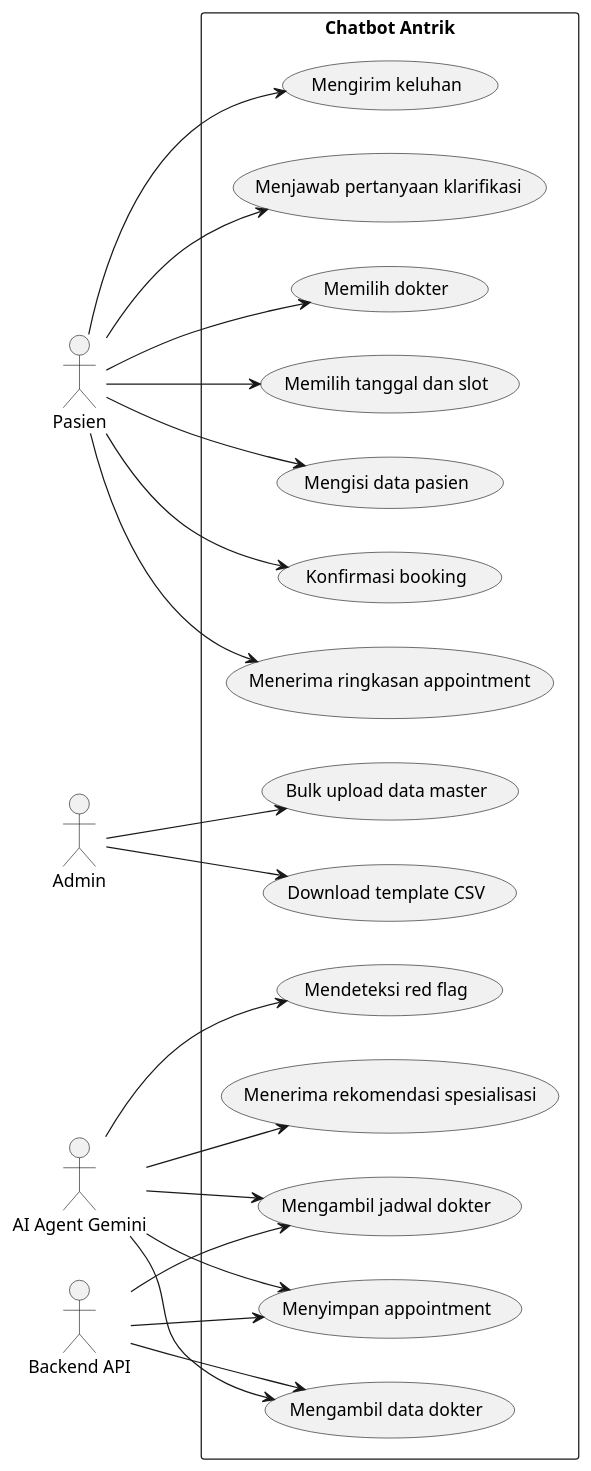
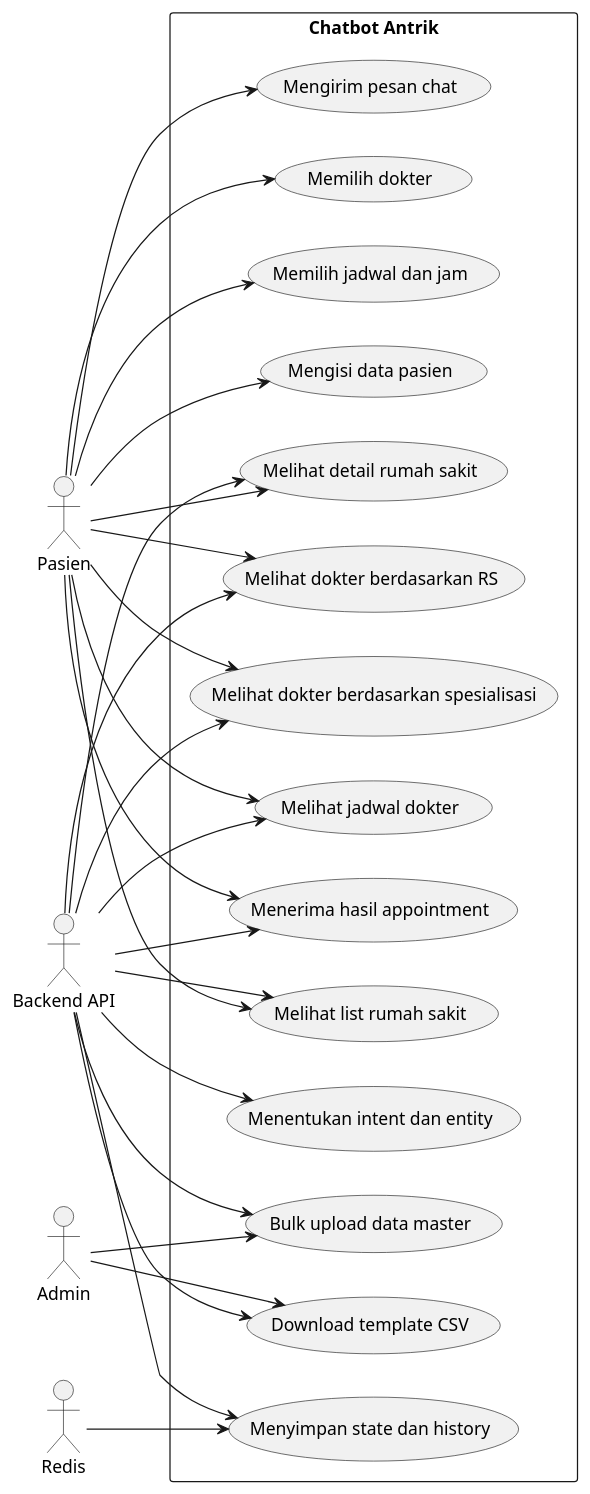
Before and after one commit to sudrajathadi/service-antrik-main: the first of 6 diagrams in LAPORAN_KKP_CHATBOT_ANTRIK.md, drawn with PlantUML. The commit also changed other lines of this file and 20 other files, not shown here.

````diff
--- a/LAPORAN_KKP_CHATBOT_ANTRIK.md
+++ b/LAPORAN_KKP_CHATBOT_ANTRIK.md
@@ -279,47 +282,52 @@
 ```plantuml
 @startuml
 left to right direction
 actor Pasien
 actor Admin
-actor "AI Agent Gemini" as AI
 actor "Backend API" as API
+actor "Redis" as Redis
 
 rectangle "Chatbot Antrik" {
-  usecase "Mengirim keluhan" as UC1
-  usecase "Menjawab pertanyaan klarifikasi" as UC2
-  usecase "Menerima rekomendasi spesialisasi" as UC3
-  usecase "Memilih dokter" as UC4
-  usecase "Memilih tanggal dan slot" as UC5
-  usecase "Mengisi data pasien" as UC6
-  usecase "Konfirmasi booking" as UC7
-  usecase "Menerima ringkasan appointment" as UC8
-  usecase "Bulk upload data master" as UC9
-  usecase "Download template CSV" as UC10
-  usecase "Mengambil data dokter" as UC11
-  usecase "Mengambil jadwal dokter" as UC12
-  usecase "Menyimpan appointment" as UC13
-  usecase "Mendeteksi red flag" as UC14
+  usecase "Mengirim pesan chat" as UC1
+  usecase "Menentukan intent dan entity" as UC2
+  usecase "Melihat list rumah sakit" as UC3
+  usecase "Melihat detail rumah sakit" as UC4
+  usecase "Melihat dokter berdasarkan RS" as UC5
+  usecase "Melihat dokter berdasarkan spesialisasi" as UC6
+  usecase "Melihat jadwal dokter" as UC7
+  usecase "Memilih dokter" as UC8
+  usecase "Memilih jadwal dan jam" as UC9
+  usecase "Mengisi data pasien" as UC10
+  usecase "Menerima hasil appointment" as UC11
+  usecase "Bulk upload data master" as UC12
+  usecase "Download template CSV" as UC13
+  usecase "Menyimpan state dan history" as UC14
 }
 
 Pasien --> UC1
-Pasien --> UC2
+Pasien --> UC3
 Pasien --> UC4
 Pasien --> UC5
 Pasien --> UC6
 Pasien --> UC7
 Pasien --> UC8
+Pasien --> UC9
+Pasien --> UC10
+Pasien --> UC11
 
-Admin --> UC9
-Admin --> UC10
+Admin --> UC12
+Admin --> UC13
 
-AI --> UC3
-AI --> UC14
-AI --> UC11
-AI --> UC12
-AI --> UC13
-
+API --> UC2
+API --> UC3
+API --> UC4
+API --> UC5
+API --> UC6
+API --> UC7
 API --> UC11
 API --> UC12
 API --> UC13
+API --> UC14
+Redis --> UC14
 @enduml
 ```
````
